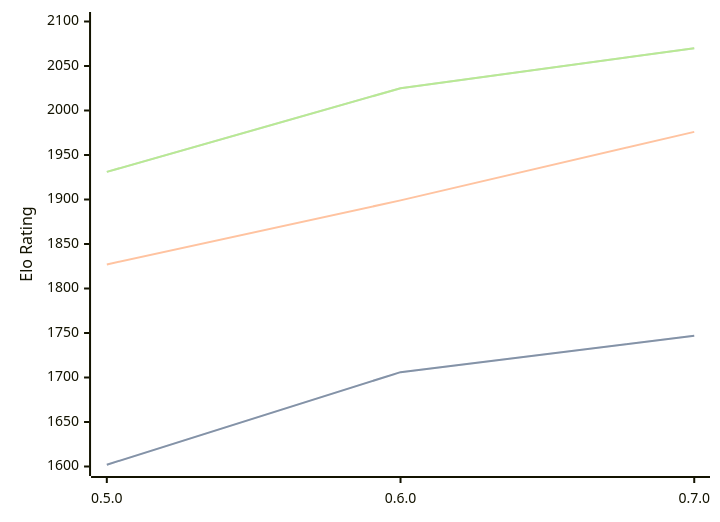
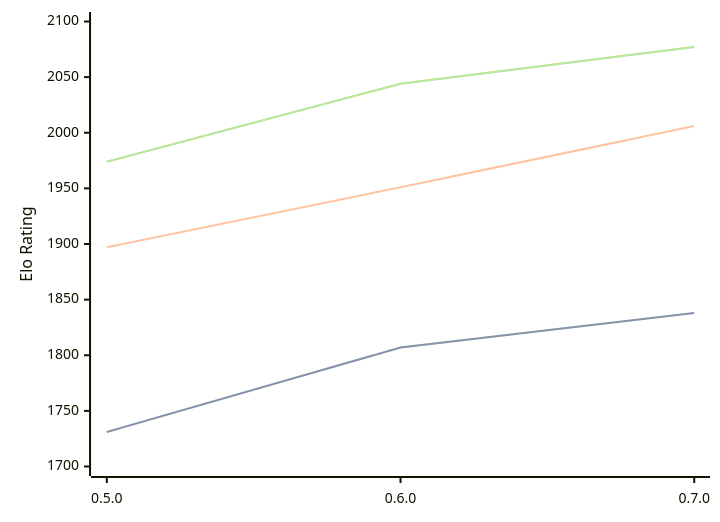
The diagram in engines/Chess-rs.md (computer-chess-index/cci), drawn with Mermaid before and after one commit. The commit also changed other lines of this file, not shown here.

Commit message:
Update CCI Ratings (ELO VLTC) - 2026-02-24

````diff
--- a/engines/Chess-rs.md
+++ b/engines/Chess-rs.md
@@ -38,11 +38,11 @@
 ```mermaid
 %%{init: {"theme":"base","themeVariables":{"seriesColors:['#a3a3a3','#222221','#faa371']}}}%%
 xychart-beta
   x-axis ["0.5.0", "0.6.0", "0.7.0"]
-  y-axis "Elo Rating" 1600 --> 2100
-  line "STC (8.0+0.08s)" [1602, 1706, 1747]
-  line "STC (8.0+0.08s)" [1602, 1706, 1747]
-  line "LTC (60.0+0.60s)" [1827, 1899, 1976]
-  line "VLTC (2m24s+1.12s)" [1931, 2025, 2070]
-  line "VLTC (2m24s+1.12s)" [1931, 2025, 2070]
+  y-axis "Elo Rating" 1700 --> 2100
+  line "STC (8.0+0.08s)" [1731, 1807, 1838]
+  line "STC (8.0+0.08s)" [1731, 1807, 1838]
+  line "LTC (60.0+0.60s)" [1897, 1951, 2006]
+  line "VLTC (2m24s+1.12s)" [1974, 2044, 2077]
+  line "VLTC (2m24s+1.12s)" [1974, 2044, 2077]
 ```
````
